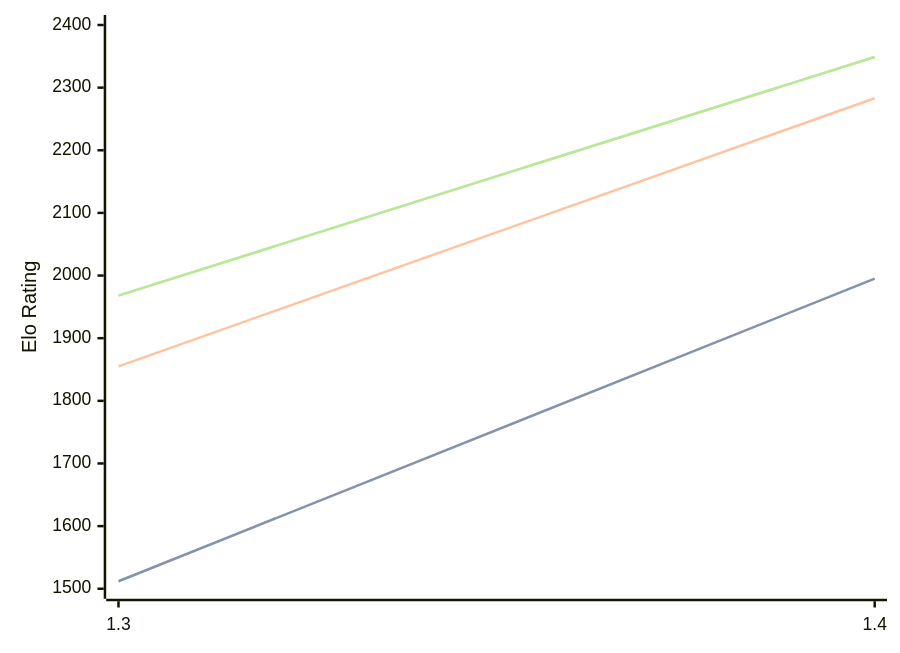
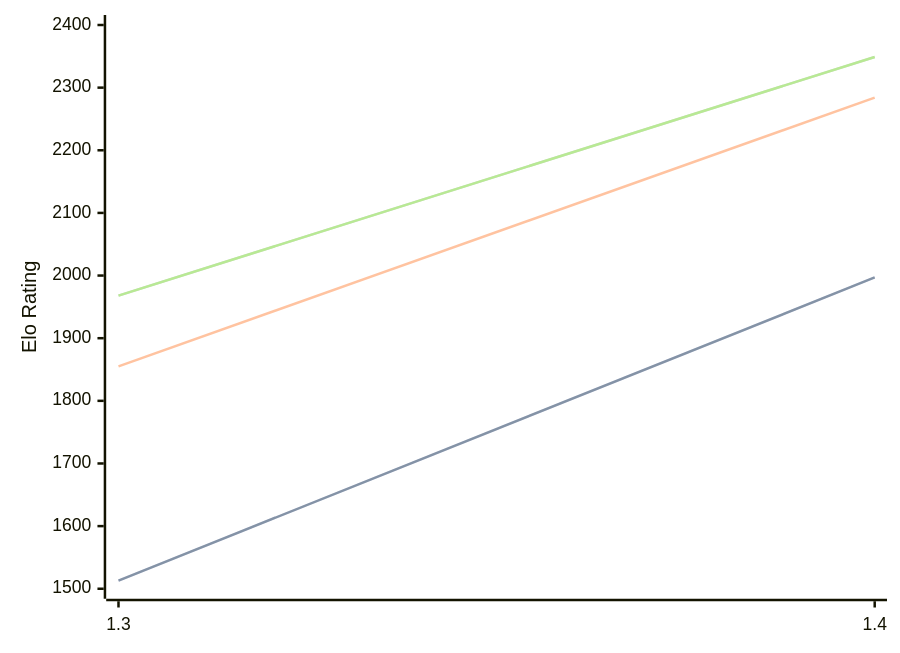
Before and after one commit to computer-chess-index/cci: the diagram in engines/Facon.md, drawn with Mermaid. The commit also changed other lines of this file, not shown here.

````diff
--- a/engines/Facon.md
+++ b/engines/Facon.md
@@ -35,11 +35,11 @@
 ```mermaid
 %%{init: {"theme":"base","themeVariables":{"seriesColors:['#a3a3a3','#222221','#faa371']}}}%%
 xychart-beta
   x-axis ["1.3", "1.4"]
   y-axis "Elo Rating" 1500 --> 2400
-  line "STC (8.0+0.08s)" [1512, 1995]
-  line "STC (8.0+0.08s)" [1512, 1995]
-  line "LTC (60.0+0.60s)" [1855, 2283]
+  line "STC (8.0+0.08s)" [1513, 1997]
+  line "STC (8.0+0.08s)" [1513, 1997]
+  line "LTC (60.0+0.60s)" [1855, 2284]
   line "VLTC (2m24s+1.12s)" [1968, 2349]
   line "VLTC (2m24s+1.12s)" [1968, 2349]
 ```
````
